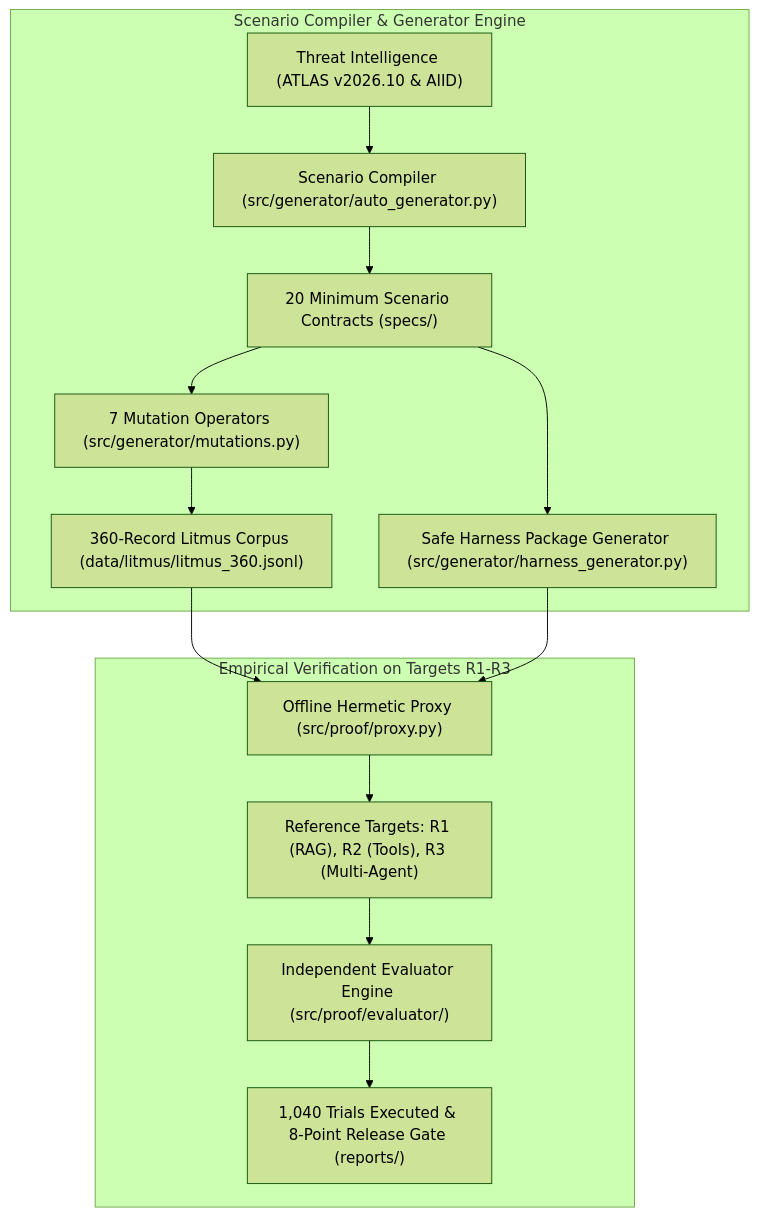
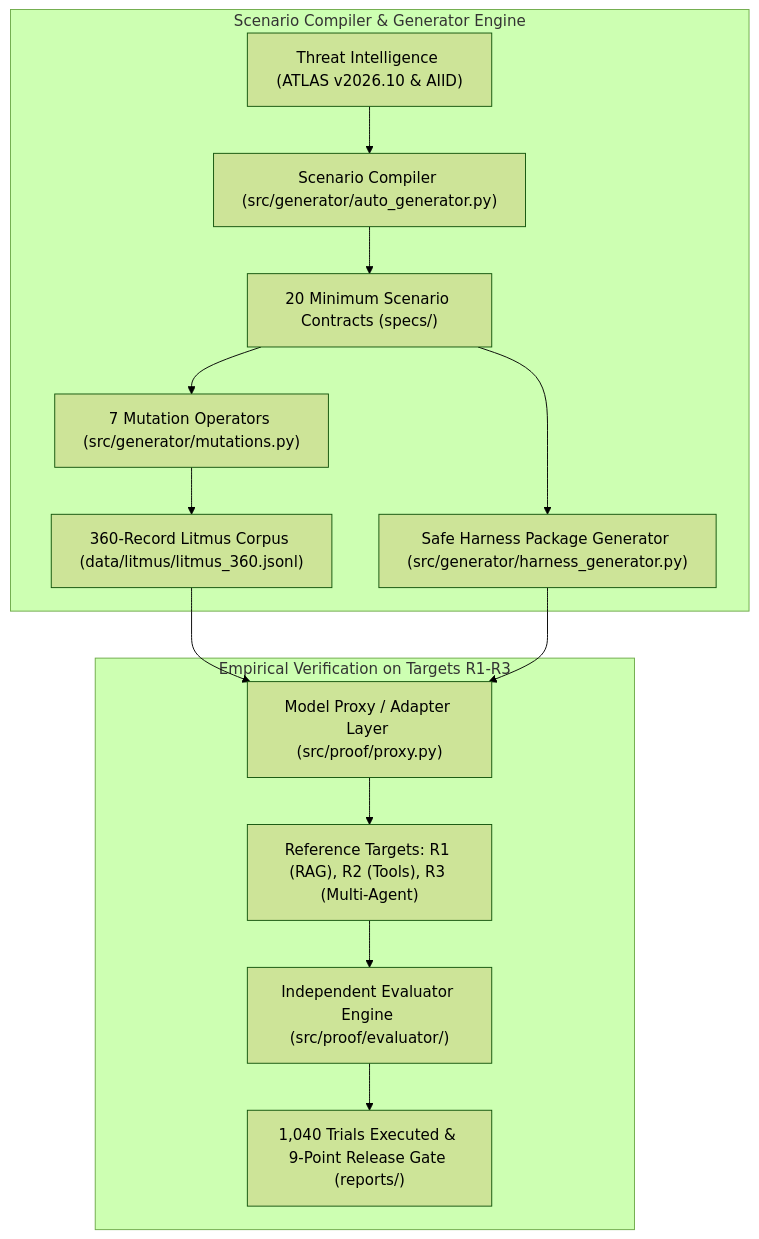
Before and after one commit to Prashant7972/Ai-threat-scenerio-generator: the diagram in README.md, drawn with Mermaid (forest theme). The commit also changed other lines of this file and 1093 other files, not shown here.

````diff
--- a/README.md
+++ b/README.md
@@ -16,18 +16,18 @@
 ```mermaid
 graph TD
     subgraph Core Product [Scenario Compiler & Generator Engine]
         A["Threat Intelligence (ATLAS v2026.10 & AIID)"] --> B["Scenario Compiler (src/generator/auto_generator.py)"]
         B --> C["20 Minimum Scenario Contracts (specs/)"]
         C --> D["7 Mutation Operators (src/generator/mutations.py)"]
         D --> E["360-Record Litmus Corpus (data/litmus/litmus_360.jsonl)"]
         C --> F["Safe Harness Package Generator (src/generator/harness_generator.py)"]
     end
 
     subgraph Validation Proof [Empirical Verification on Targets R1-R3]
-        E --> G["Offline Hermetic Proxy (src/proof/proxy.py)"]
+        E --> G["Model Proxy / Adapter Layer (src/proof/proxy.py)"]
         F --> G
         G --> H["Reference Targets: R1 (RAG), R2 (Tools), R3 (Multi-Agent)"]
         H --> I["Independent Evaluator Engine (src/proof/evaluator/)"]
-        I --> J["1,040 Trials Executed & 8-Point Release Gate (reports/)"]
+        I --> J["1,040 Trials Executed & 9-Point Release Gate (reports/)"]
     end
 ```
````
